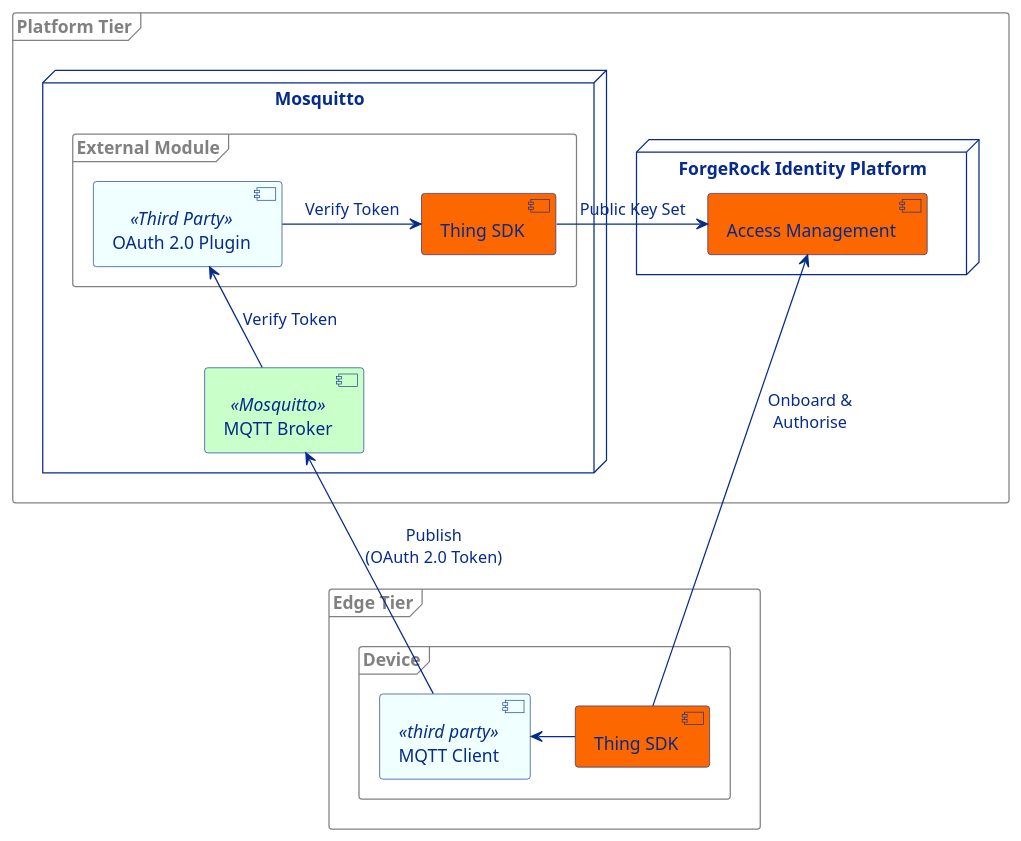
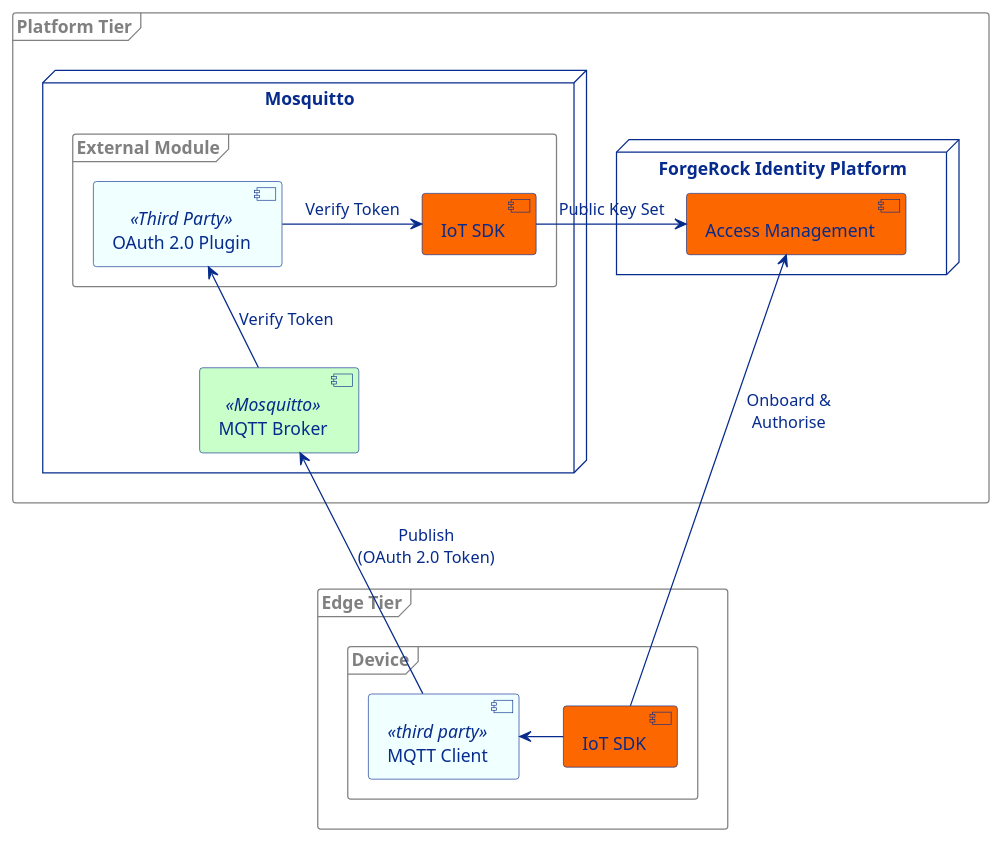
The diagram in examples/proof-of-concept/mosquitto/docs/mosquitto-integration.puml (ForgeRock/iot-edge), drawn with PlantUML before and after one commit. The commit also changed 68 other files, not shown here.

```diff
--- a/examples/proof-of-concept/mosquitto/docs/mosquitto-integration.puml
+++ b/examples/proof-of-concept/mosquitto/docs/mosquitto-integration.puml
@@ -1,45 +1,45 @@
 @startuml
 
 skinparam component {
   FontColor #062b8c
   BackgroundColor #fc6700
   BorderColor #062b8c
   BackgroundColor<<third party>> azure
   BackgroundColor<<Mosquitto>> TECHNOLOGY
   ArrowColor #062b8c
   ArrowFontColor #062b8c
 }
 skinparam node {
   BorderColor #062b8c
   FontColor #062b8c
 }
 skinparam frame {
   BorderColor Grey
   FontColor Grey
 }
 
 frame "Edge Tier" {
     frame "Device" {
-        [Thing SDK] as ac
+        [IoT SDK] as ac
         [MQTT Client] as mc <<third party>>
     }
 }
 frame "Platform Tier" {
     node "ForgeRock Identity Platform" {
         [Access Management] as am
     }
     node "Mosquitto" {
         [MQTT Broker] as mqtt <<Mosquitto>>
         frame "External Module" {
             [OAuth 2.0 Plugin] as oauth2 <<Third Party>>
-            [Thing SDK] as mac
+            [IoT SDK] as mac
         }
     }
 }
 ac -up-> am : Onboard &\nAuthorise
 ac -right-> mc
 mc -up-> mqtt : Publish\n(OAuth 2.0 Token)
 mqtt -up-> oauth2 : Verify Token
 oauth2 -right-> mac : Verify Token
 mac -right-> am : Public Key Set
 @enduml
```
